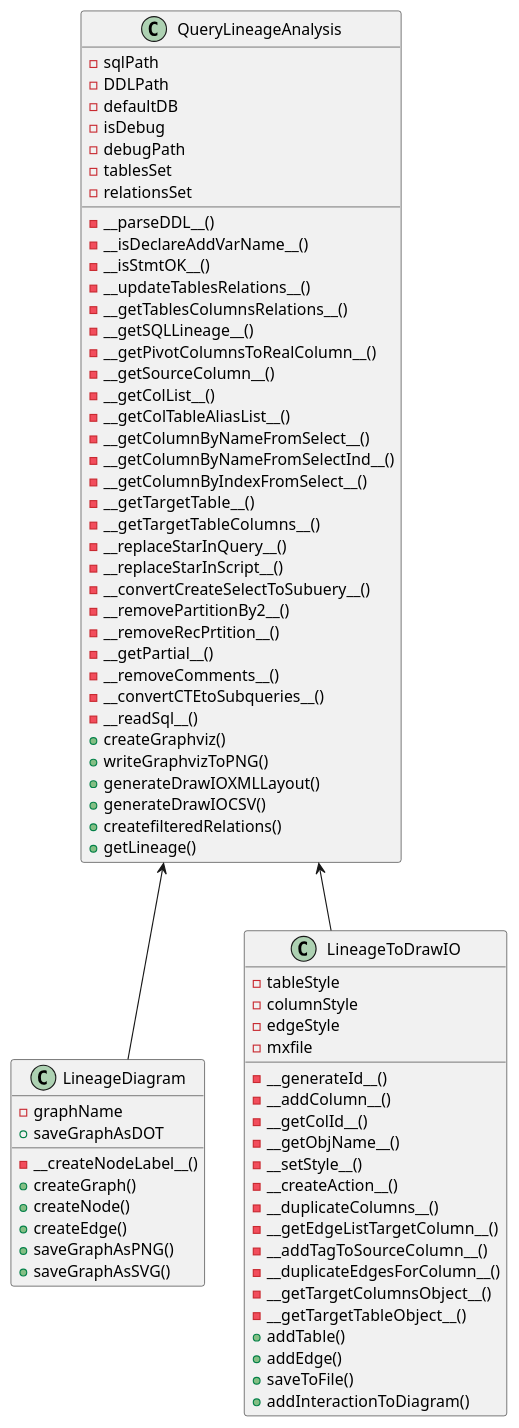
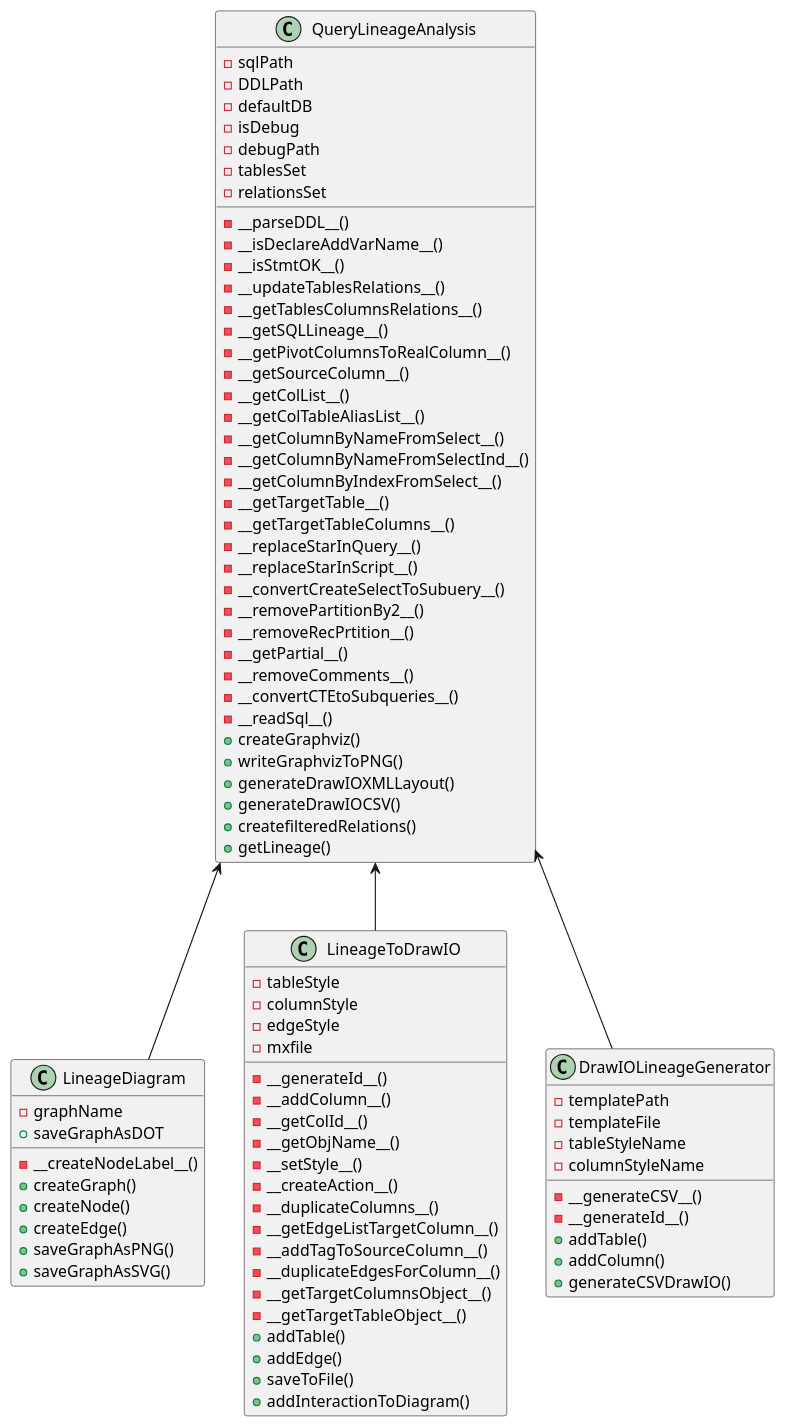
One commit to Tariq1981/SQl-Lineage changed the diagram in lineage_class_diagram.puml. Above: the diagram before and after it, drawn with PlantUML. The commit also changed 1 other file, not shown here.

Commit message:
class diagram

```diff
--- a/lineage_class_diagram.puml
+++ b/lineage_class_diagram.puml
@@ -1,81 +1,93 @@
 @startuml
 'https://plantuml.com/class-diagram
 
 class QueryLineageAnalysis {
 - sqlPath
 - DDLPath
 - defaultDB
 - isDebug
 - debugPath
 - tablesSet
 - relationsSet
 - __parseDDL__()
 - __isDeclareAddVarName__()
 - __isStmtOK__()
 - __updateTablesRelations__()
 - __getTablesColumnsRelations__()
 - __getSQLLineage__()
 - __getPivotColumnsToRealColumn__()
 - __getSourceColumn__()
 - __getColList__()
 - __getColTableAliasList__()
 - __getColumnByNameFromSelect__()
 - __getColumnByNameFromSelectInd__()
 - __getColumnByIndexFromSelect__()
 - __getTargetTable__()
 - __getTargetTableColumns__()
 - __replaceStarInQuery__()
 - __replaceStarInScript__()
 - __convertCreateSelectToSubuery__()
 - __removePartitionBy2__()
 - __removeRecPrtition__()
 - __getPartial__()
 - __removeComments__()
 - __convertCTEtoSubqueries__()
 - __readSql__()
 + createGraphviz()
 + writeGraphvizToPNG()
 + generateDrawIOXMLLayout()
 + generateDrawIOCSV()
 + createfilteredRelations()
 + getLineage()
 }
 
 class LineageDiagram {
 - graphName
 - __createNodeLabel__()
 + createGraph()
 + createNode()
 + createEdge()
 + saveGraphAsPNG()
 + saveGraphAsSVG()
 + saveGraphAsDOT
 }
 
 class LineageToDrawIO {
 - tableStyle
 - columnStyle
 - edgeStyle
 - mxfile
 - __generateId__()
 - __addColumn__()
 - __getColId__()
 - __getObjName__()
 - __setStyle__()
 - __createAction__()
 - __duplicateColumns__()
 - __getEdgeListTargetColumn__()
 - __addTagToSourceColumn__()
 - __duplicateEdgesForColumn__()
 - __getTargetColumnsObject__()
 - __getTargetTableObject__()
 + addTable()
 + addEdge()
 + saveToFile()
 + addInteractionToDiagram()
 }
 
+class DrawIOLineageGenerator {
+- templatePath
+- templateFile
+- tableStyleName
+- columnStyleName
+- __generateCSV__()
+- __generateId__()
++ addTable()
++ addColumn()
++ generateCSVDrawIO()
+}
 QueryLineageAnalysis <-- LineageToDrawIO
 QueryLineageAnalysis <-- LineageDiagram
+QueryLineageAnalysis <-- DrawIOLineageGenerator
 
 @enduml
```
